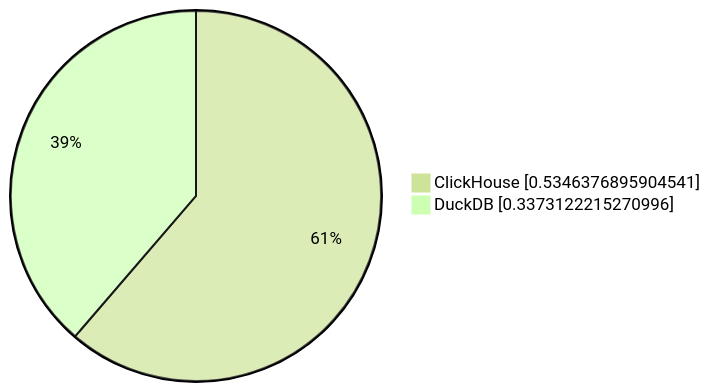
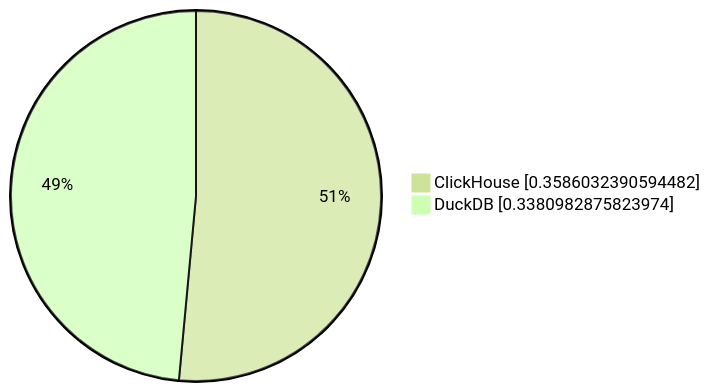
Before and after one commit to Altinity/clickhouse-regression: the first of 7 diagrams in parquet/performance/results/nyc_taxi/23.11.1.2711-alpine/README.md, drawn with Mermaid (forest theme). The commit also changed other lines of this file and 8 other files, not shown here.

````diff
--- a/parquet/performance/results/nyc_taxi/23.11.1.2711-alpine/README.md
+++ b/parquet/performance/results/nyc_taxi/23.11.1.2711-alpine/README.md
@@ -10,5 +10,5 @@
 ```mermaid
      pie showData
-         "ClickHouse" : 0.5346376895904541
-         "DuckDB" : 0.3373122215270996
+         "ClickHouse" : 0.3586032390594482
+         "DuckDB" : 0.3380982875823974
 ```
````
